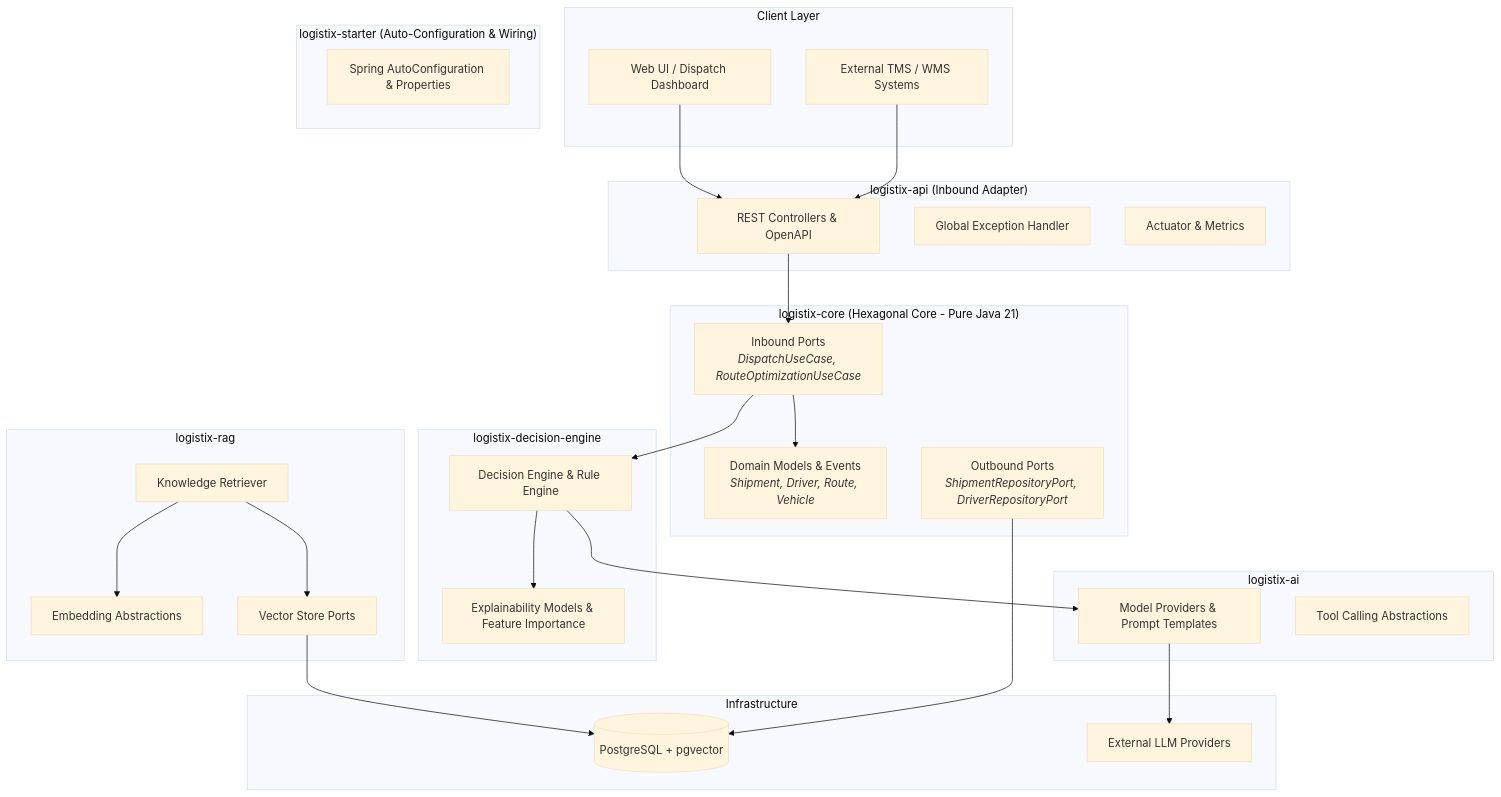
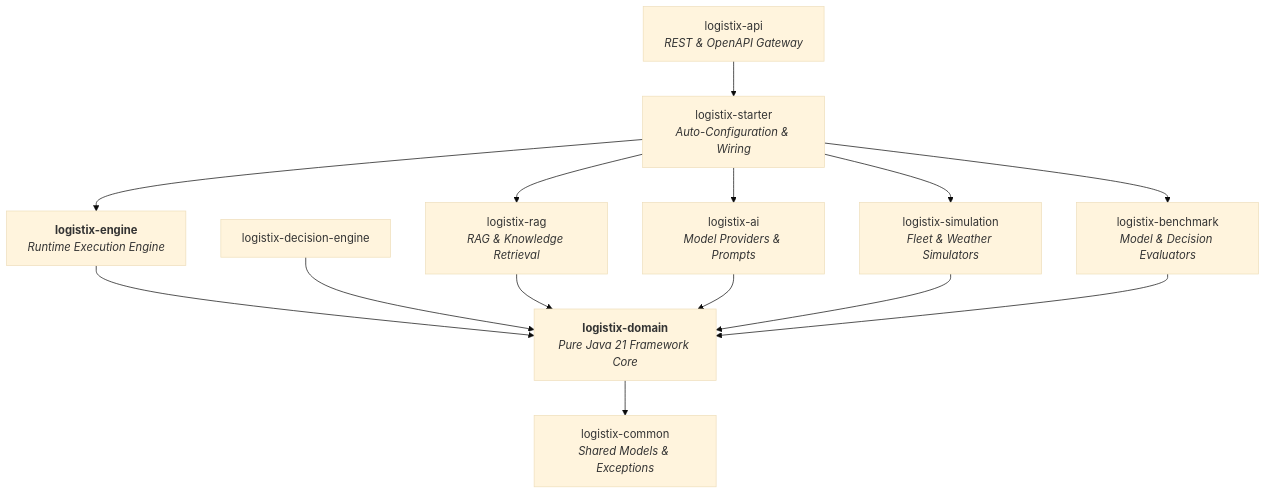
One commit to venukommu/LogistiX changed the third of 3 diagrams in architecture/ARCHITECTURE.md. Above: the diagram before and after it, drawn with Mermaid (base theme). The commit also changed other lines of this file and 147 other files, not shown here.

First line of the commit message:
feat(engine): architect logistix-engine runtime, decision pipeline, and LogistiXContext

````diff
--- a/architecture/ARCHITECTURE.md
+++ b/architecture/ARCHITECTURE.md
@@ -24,57 +129,18 @@
 ```mermaid
-graph TB
-    subgraph Client Layer
-        UI[Web UI / Dispatch Dashboard]
-        TMS[External TMS / WMS Systems]
-    end
-
-    subgraph "logistix-api (Inbound Adapter)"
-        REST[REST Controllers & OpenAPI]
-        ExceptionHandler[Global Exception Handler]
-        Actuator[Actuator & Metrics]
-    end
-
-    subgraph "logistix-starter (Auto-Configuration & Wiring)"
-        Wiring[Spring AutoConfiguration & Properties]
-    end
-
-    subgraph "logistix-core (Hexagonal Core - Pure Java 21)"
-        PortsIn[Inbound Ports<br/><i>DispatchUseCase, RouteOptimizationUseCase</i>]
-        Domain[Domain Models & Events<br/><i>Shipment, Driver, Route, Vehicle</i>]
-        PortsOut[Outbound Ports<br/><i>ShipmentRepositoryPort, DriverRepositoryPort</i>]
-    end
-
-    subgraph "logistix-decision-engine"
-        Decision[Decision Engine & Rule Engine]
-        Explain[Explainability Models & Feature Importance]
-    end
-
-    subgraph "logistix-ai"
-        ModelProviders[Model Providers & Prompt Templates]
-        Tools[Tool Calling Abstractions]
-    end
-
-    subgraph "logistix-rag"
-        Retriever[Knowledge Retriever]
-        Embeddings[Embedding Abstractions]
-        VectorStore[Vector Store Ports]
-    end
-
-    subgraph Infrastructure
-        PG[(PostgreSQL + pgvector)]
-        LLM[External LLM Providers]
-    end
-
-    UI --> REST
-    TMS --> REST
-    REST --> PortsIn
-    PortsIn --> Domain
-    PortsIn --> Decision
-    Decision --> Explain
-    Decision --> ModelProviders
-    ModelProviders --> LLM
-    Retriever --> Embeddings
-    Retriever --> VectorStore
-    VectorStore --> PG
-    PortsOut --> PG
+graph TD
+    api[logistix-api<br/><i>REST & OpenAPI Gateway</i>] --> starter[logistix-starter<br/><i>Auto-Configuration & Wiring</i>]
+    starter --> engine[<b>logistix-engine</b><br/><i>Runtime Execution Engine</i>]
+    starter --> rag[logistix-rag<br/><i>RAG & Knowledge Retrieval</i>]
+    starter --> ai[logistix-ai<br/><i>Model Providers & Prompts</i>]
+    starter --> sim[logistix-simulation<br/><i>Fleet & Weather Simulators</i>]
+    starter --> bm[logistix-benchmark<br/><i>Model & Decision Evaluators</i>]
+    
+    engine --> domain[<b>logistix-domain</b><br/><i>Pure Java 21 Framework Core</i>]
+    de[logistix-decision-engine] --> domain
+    rag --> domain
+    ai --> domain
+    sim --> domain
+    bm --> domain
+    
+    domain --> common[logistix-common<br/><i>Shared Models & Exceptions</i>]
 ```
````
